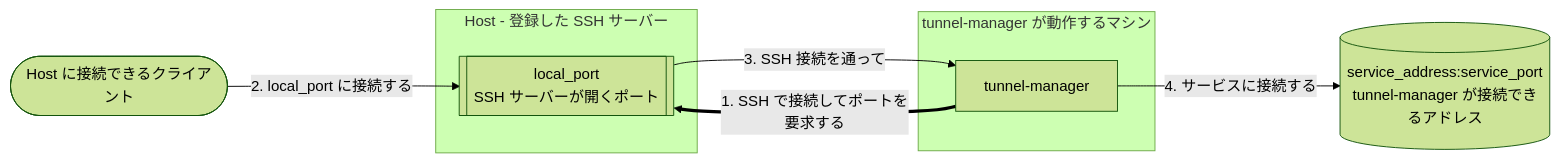
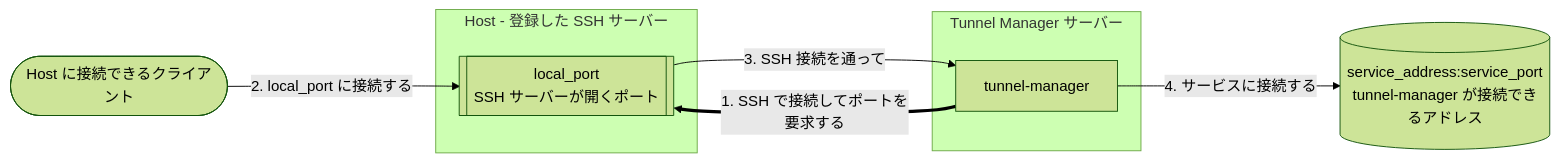
The first of 2 diagrams in docs/README.ja.md (jollaman999/tunnel-manager), drawn with Mermaid (forest theme) before and after one commit. The commit also changed other lines of this file and 7 other files, not shown here.

Commit message:
docs: Call it the Tunnel Manager server and a jump host

````diff
--- a/docs/README.ja.md
+++ b/docs/README.ja.md
@@ -21,16 +21,16 @@
 ```mermaid
 flowchart LR
     client(["Host に接続できるクライアント"])
     subgraph host ["Host - 登録した SSH サーバー"]
         port[["local_port<br/>SSH サーバーが開くポート"]]
     end
-    subgraph here ["tunnel-manager が動作するマシン"]
+    subgraph here ["Tunnel Manager サーバー"]
         tm["tunnel-manager"]
     end
     service[("service_address:service_port<br/>tunnel-manager が接続できるアドレス")]
 
     tm ==>|"1. SSH で接続してポートを要求する"| port
     client -->|"2. local_port に接続する"| port
     port -->|"3. SSH 接続を通って"| tm
     tm -->|"4. サービスに接続する"| service
 ```
````
